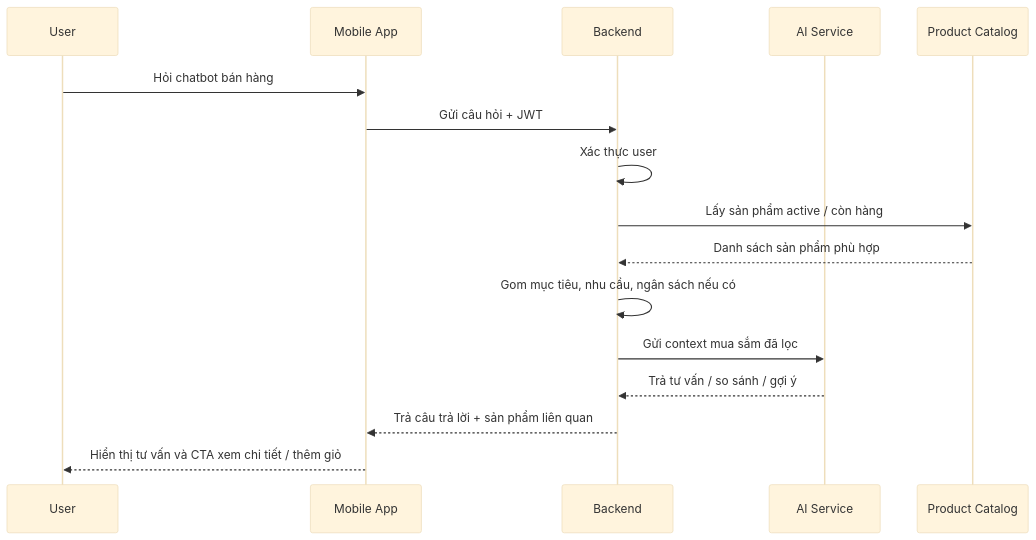
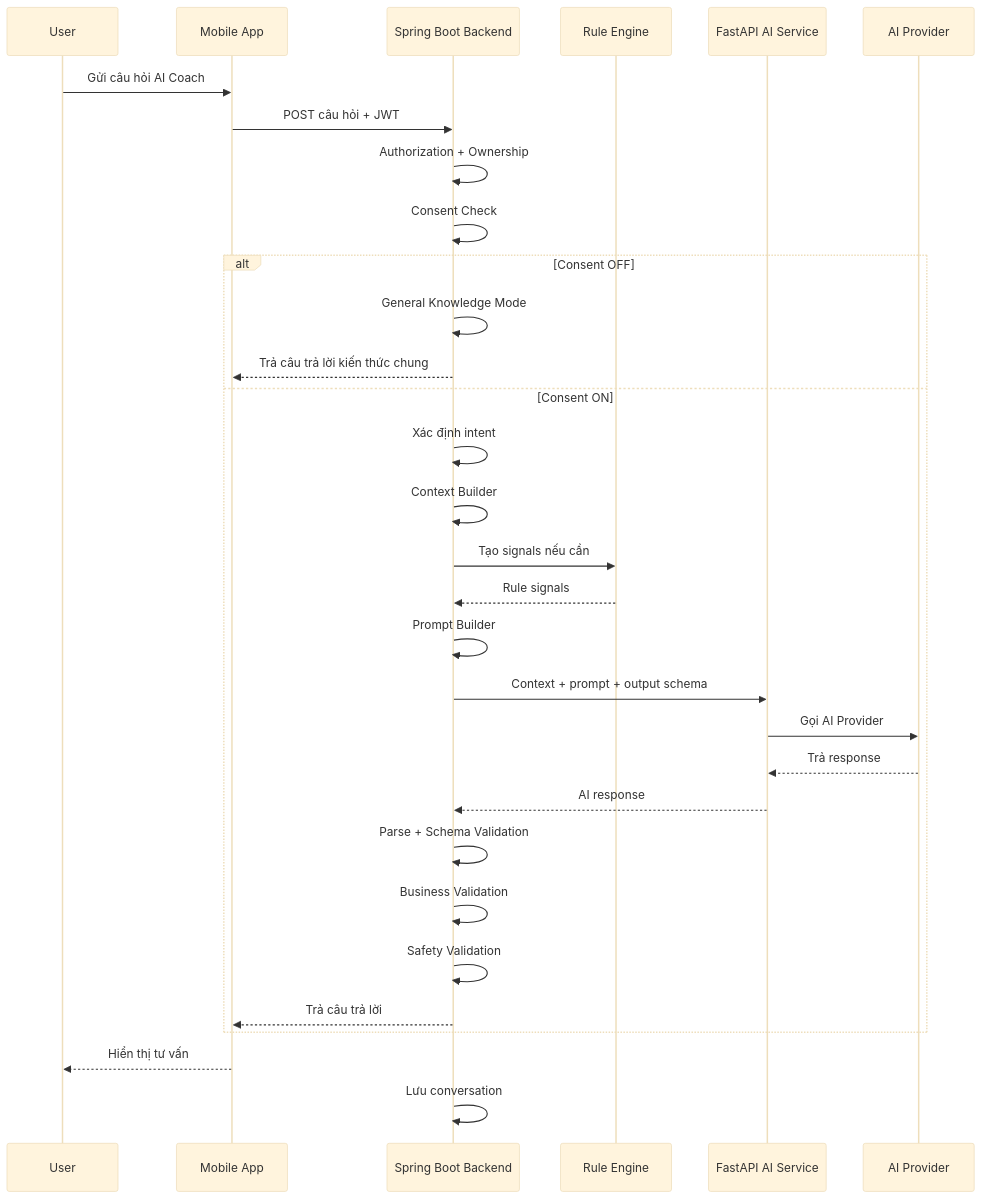
Diagram 12 of 21 in docs/spec/bussiness_mainflow.md (tgiahuy/VieGym), drawn with Mermaid (base theme) before and after one commit. The commit also changed other lines of this file and 16 other files, not shown here.

````diff
--- a/docs/spec/bussiness_mainflow.md
+++ b/docs/spec/bussiness_mainflow.md
@@ -736,19 +965,36 @@
 ```mermaid
 sequenceDiagram
     participant U as User
     participant App as Mobile App
-    participant BE as Backend
-    participant AI as AI Service
-    participant Shop as Product Catalog
+    participant BE as Spring Boot Backend
+    participant Rule as Rule Engine
+    participant AI as FastAPI AI Service
+    participant Provider as AI Provider
 
-    U->>App: Hỏi chatbot bán hàng
-    App->>BE: Gửi câu hỏi + JWT
-    BE->>BE: Xác thực user
-    BE->>Shop: Lấy sản phẩm active / còn hàng
-    Shop-->>BE: Danh sách sản phẩm phù hợp
-    BE->>BE: Gom mục tiêu, nhu cầu, ngân sách nếu có
-    BE->>AI: Gửi context mua sắm đã lọc
-    AI-->>BE: Trả tư vấn / so sánh / gợi ý
-    BE-->>App: Trả câu trả lời + sản phẩm liên quan
-    App-->>U: Hiển thị tư vấn và CTA xem chi tiết / thêm giỏ
+    U->>App: Gửi câu hỏi AI Coach
+    App->>BE: POST câu hỏi + JWT
+    BE->>BE: Authorization + Ownership
+    BE->>BE: Consent Check
+
+    alt Consent OFF
+        BE->>BE: General Knowledge Mode
+        BE-->>App: Trả câu trả lời kiến thức chung
+    else Consent ON
+        BE->>BE: Xác định intent
+        BE->>BE: Context Builder
+        BE->>Rule: Tạo signals nếu cần
+        Rule-->>BE: Rule signals
+        BE->>BE: Prompt Builder
+        BE->>AI: Context + prompt + output schema
+        AI->>Provider: Gọi AI Provider
+        Provider-->>AI: Trả response
+        AI-->>BE: AI response
+        BE->>BE: Parse + Schema Validation
+        BE->>BE: Business Validation
+        BE->>BE: Safety Validation
+        BE-->>App: Trả câu trả lời
+    end
+
+    App-->>U: Hiển thị tư vấn
+    BE->>BE: Lưu conversation
 ```
````
